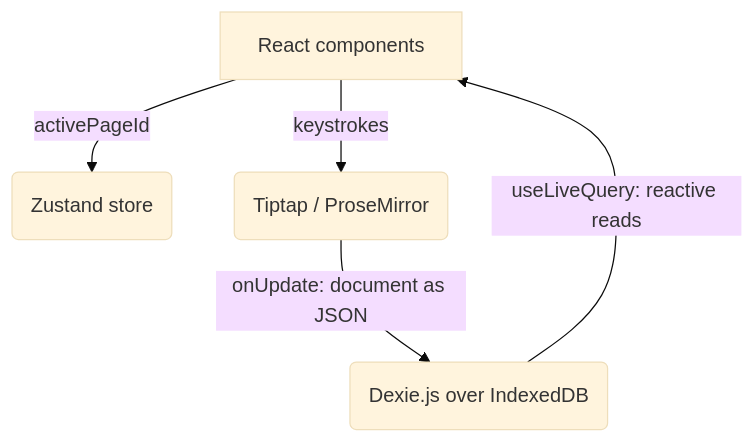
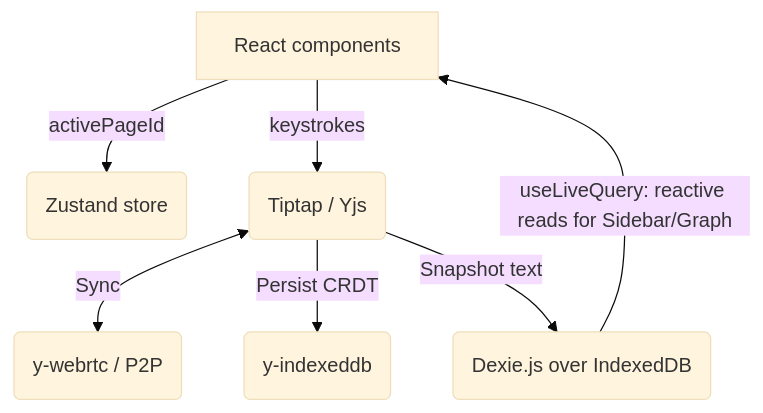
Before and after one commit to liminal-cipher/ephemeris: the diagram in README.md, drawn with Mermaid (base theme). The commit also changed other lines of this file, not shown here.

First line of the commit message:
docs(readme): update architecture, tech decisions, and roadmap

````diff
--- a/README.md
+++ b/README.md
@@ -27,7 +32,9 @@
 ```mermaid
 graph TD
     A[React components] -->|activePageId| B(Zustand store)
-    A -->|keystrokes| C(Tiptap / ProseMirror)
-    C -->|onUpdate: document as JSON| D(Dexie.js over IndexedDB)
-    D -->|useLiveQuery: reactive reads| A
+    A -->|keystrokes| C(Tiptap / Yjs)
+    C <-->|Sync| E(y-webrtc / P2P)
+    C -->|Persist CRDT| F(y-indexeddb)
+    C -->|Snapshot text| D(Dexie.js over IndexedDB)
+    D -->|useLiveQuery: reactive reads for Sidebar/Graph| A
 ```
````
